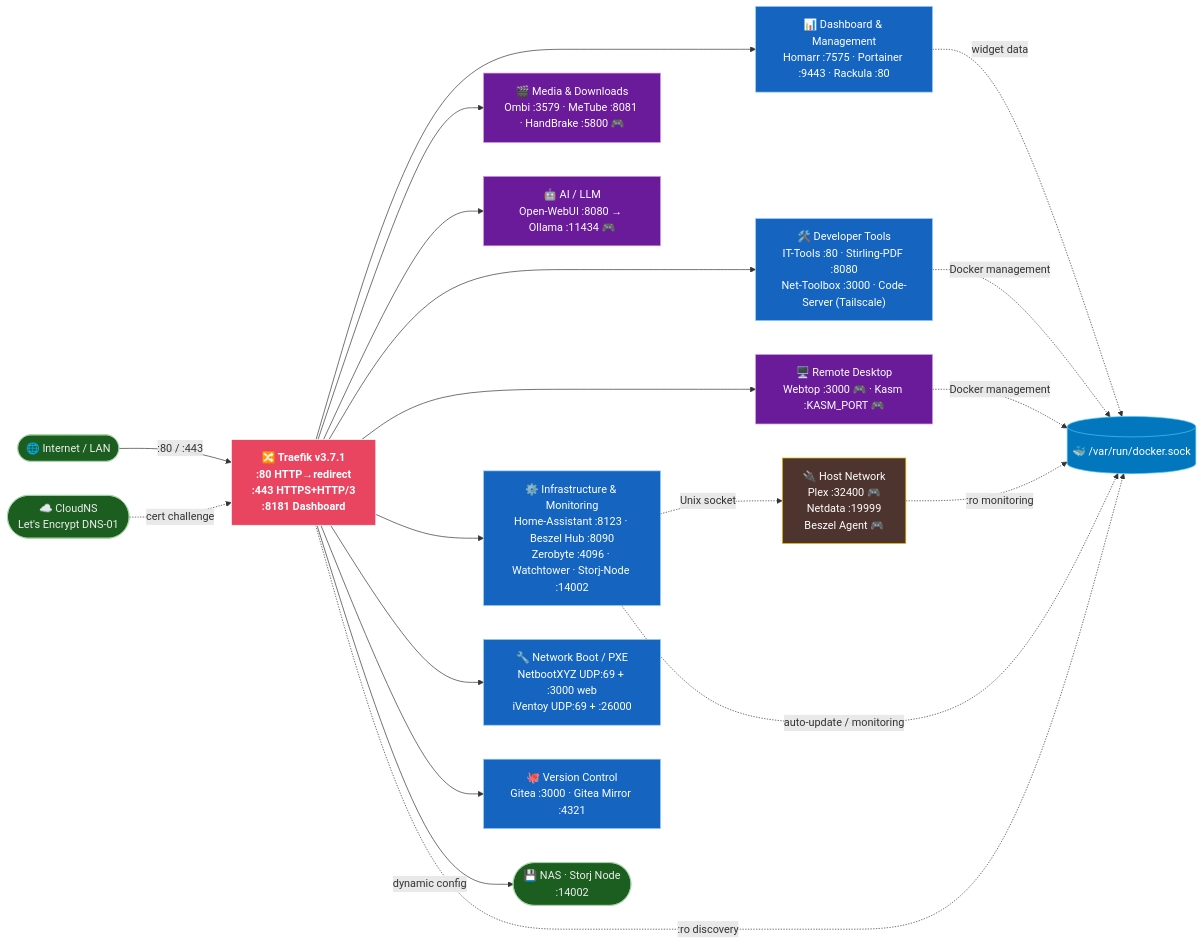
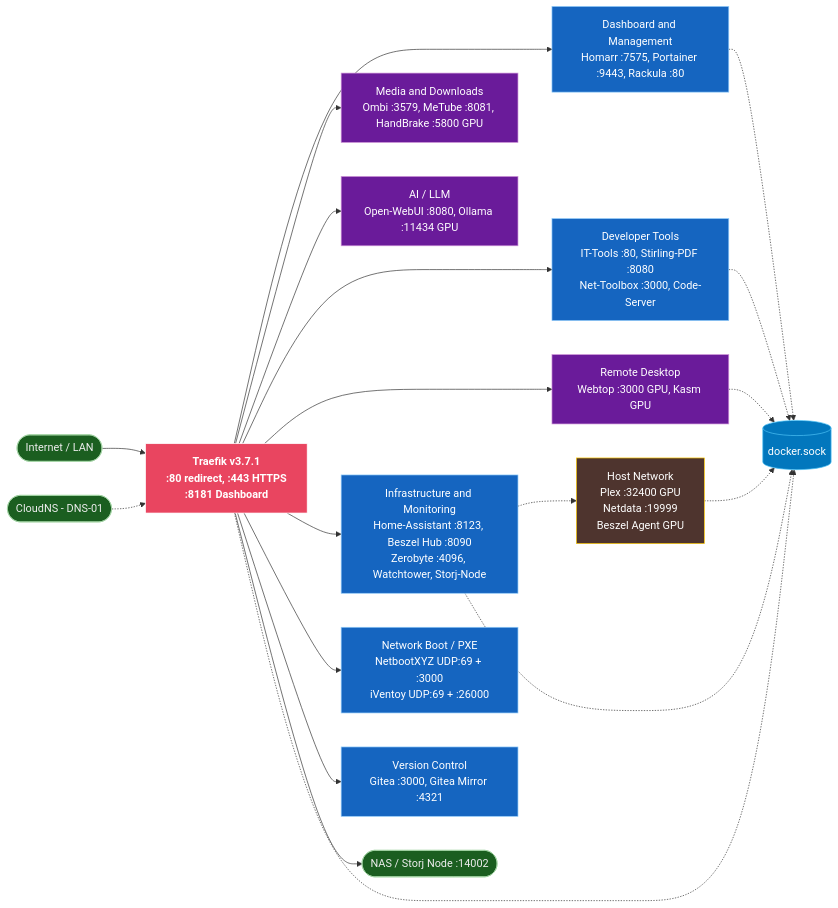
One commit to locus313/homelab-gitops changed the diagram in README.md. Above: the diagram before and after it, drawn with Mermaid. The commit also changed other lines of this file and 1 other file, not shown here.

First line of the commit message:
Add resilience planning documentation for homelab architecture

````diff
--- a/README.md
+++ b/README.md
@@ -40,40 +18,39 @@
 ```mermaid
 graph LR
     classDef traefik fill:#e94560,stroke:#fff,color:#fff,font-weight:bold
     classDef group fill:#1565c0,stroke:#90caf9,color:#fff
     classDef gpu fill:#6a1b9a,stroke:#ce93d8,color:#fff
     classDef hostnet fill:#4e342e,stroke:#ffcc02,color:#fff
     classDef external fill:#1b5e20,stroke:#a5d6a7,color:#eee
     classDef dock fill:#0277bd,stroke:#4fc3f7,color:#fff
 
-    INTERNET(["🌐 Internet / LAN"]):::external
-    CLOUDNS(["☁️ CloudNS\nLet's Encrypt DNS-01"]):::external
-    NAS(["💾 NAS · Storj Node\n:14002"]):::external
-    DOCKER[("🐳 /var/run/docker.sock")]:::dock
+    INTERNET(["Internet / LAN"]):::external
+    CLOUDNS(["CloudNS - DNS-01"]):::external
+    NAS(["NAS / Storj Node :14002"]):::external
+    DOCKER[("docker.sock")]:::dock
 
-    TRAEFIK["🔀 Traefik v3.7.1\n:80 HTTP→redirect\n:443 HTTPS+HTTP/3\n:8181 Dashboard"]:::traefik
+    TRAEFIK["Traefik v3.7.1<br/>:80 redirect, :443 HTTPS<br/>:8181 Dashboard"]:::traefik
 
-    INTERNET -->|":80 / :443"| TRAEFIK
-    CLOUDNS -.->|"cert challenge"| TRAEFIK
+    INTERNET --> TRAEFIK
+    CLOUDNS -.-> TRAEFIK
 
-    TRAEFIK --> DASH["📊 Dashboard & Management\nHomarr :7575 · Portainer :9443 · Rackula :80"]:::group
-    TRAEFIK --> MEDIA["🎬 Media & Downloads\nOmbi :3579 · MeTube :8081 · HandBrake :5800 🎮"]:::gpu
-    TRAEFIK --> AI["🤖 AI / LLM\nOpen-WebUI :8080 → Ollama :11434 🎮"]:::gpu
-    TRAEFIK --> TOOLS["🛠️ Developer Tools\nIT-Tools :80 · Stirling-PDF :8080\nNet-Toolbox :3000 · Code-Server (Tailscale)"]:::group
-    TRAEFIK --> DESKTOP["🖥️ Remote Desktop\nWebtop :3000 🎮 · Kasm :KASM_PORT 🎮"]:::gpu
-    TRAEFIK --> INFRA["⚙️ Infrastructure & Monitoring\nHome-Assistant :8123 · Beszel Hub :8090\nZerobyte :4096 · Watchtower · Storj-Node :14002"]:::group
-    TRAEFIK --> BOOT["🔧 Network Boot / PXE\nNetbootXYZ UDP:69 + :3000 web\niVentoy UDP:69 + :26000"]:::group
-    TRAEFIK --> VCS["🐙 Version Control\nGitea :3000 · Gitea Mirror :4321"]:::group
-    TRAEFIK -->|"dynamic config"| NAS
+    TRAEFIK --> DASH["Dashboard and Management<br/>Homarr :7575, Portainer :9443, Rackula :80"]:::group
+    TRAEFIK --> MEDIA["Media and Downloads<br/>Ombi :3579, MeTube :8081, HandBrake :5800 GPU"]:::gpu
+    TRAEFIK --> AI["AI / LLM<br/>Open-WebUI :8080, Ollama :11434 GPU"]:::gpu
+    TRAEFIK --> TOOLS["Developer Tools<br/>IT-Tools :80, Stirling-PDF :8080<br/>Net-Toolbox :3000, Code-Server"]:::group
+    TRAEFIK --> DESKTOP["Remote Desktop<br/>Webtop :3000 GPU, Kasm GPU"]:::gpu
+    TRAEFIK --> INFRA["Infrastructure and Monitoring<br/>Home-Assistant :8123, Beszel Hub :8090<br/>Zerobyte :4096, Watchtower, Storj-Node"]:::group
+    TRAEFIK --> BOOT["Network Boot / PXE<br/>NetbootXYZ UDP:69 + :3000<br/>iVentoy UDP:69 + :26000"]:::group
+    TRAEFIK --> VCS["Version Control<br/>Gitea :3000, Gitea Mirror :4321"]:::group
+    TRAEFIK --> NAS
 
-    HOSTNET["🔌 Host Network\nPlex :32400 🎮\nNetdata :19999\nBeszel Agent 🎮"]:::hostnet
+    HOSTNET["Host Network<br/>Plex :32400 GPU<br/>Netdata :19999<br/>Beszel Agent GPU"]:::hostnet
 
-    INFRA -.->|"Unix socket"| HOSTNET
-
-    TRAEFIK -.->|":ro discovery"| DOCKER
-    DASH -.->|"widget data"| DOCKER
-    INFRA -.->|"auto-update / monitoring"| DOCKER
-    DESKTOP -.->|"Docker management"| DOCKER
-    TOOLS -.->|"Docker management"| DOCKER
-    HOSTNET -.->|":ro monitoring"| DOCKER
+    INFRA -.-> HOSTNET
+    TRAEFIK -.-> DOCKER
+    DASH -.-> DOCKER
+    INFRA -.-> DOCKER
+    DESKTOP -.-> DOCKER
+    TOOLS -.-> DOCKER
+    HOSTNET -.-> DOCKER
 ```
````
